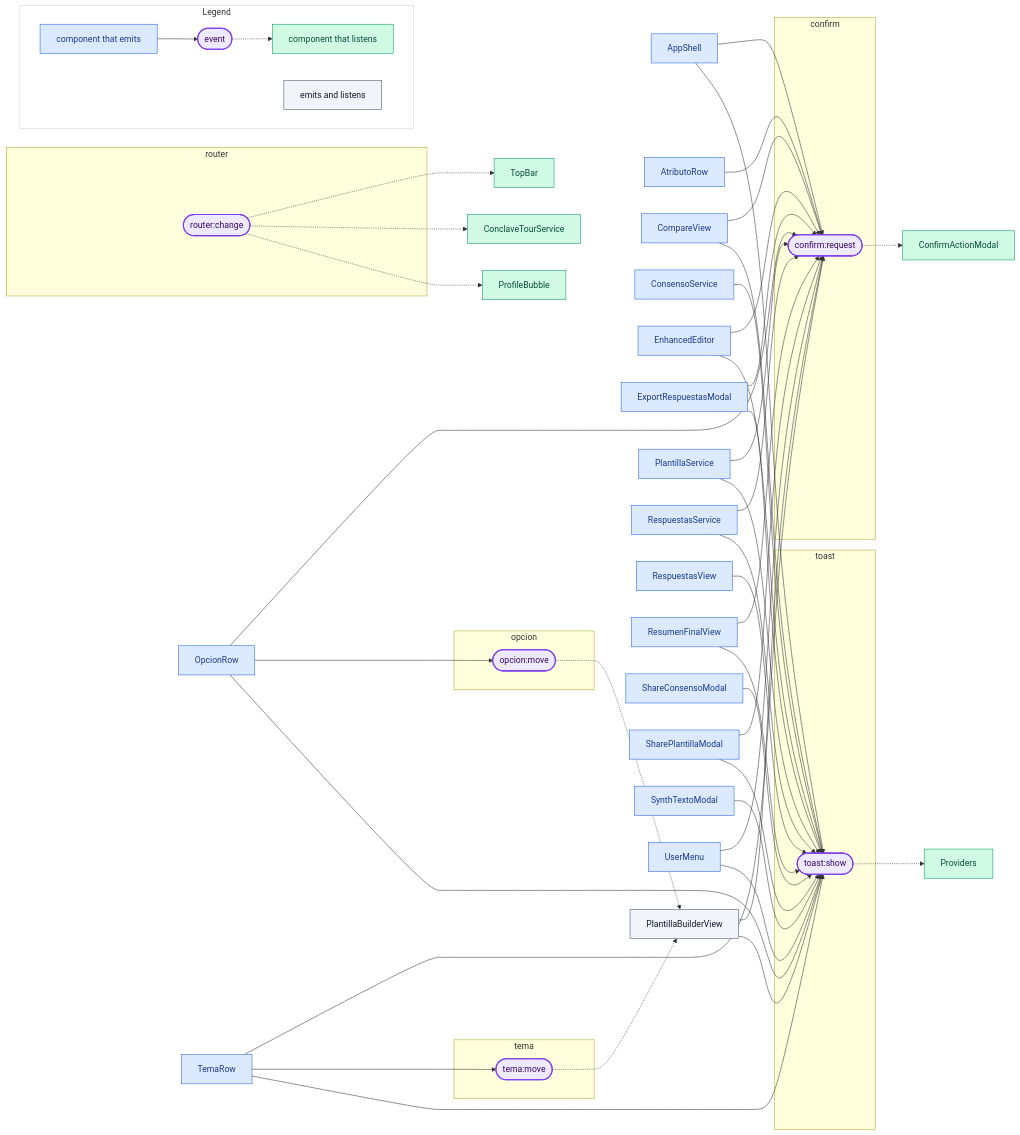
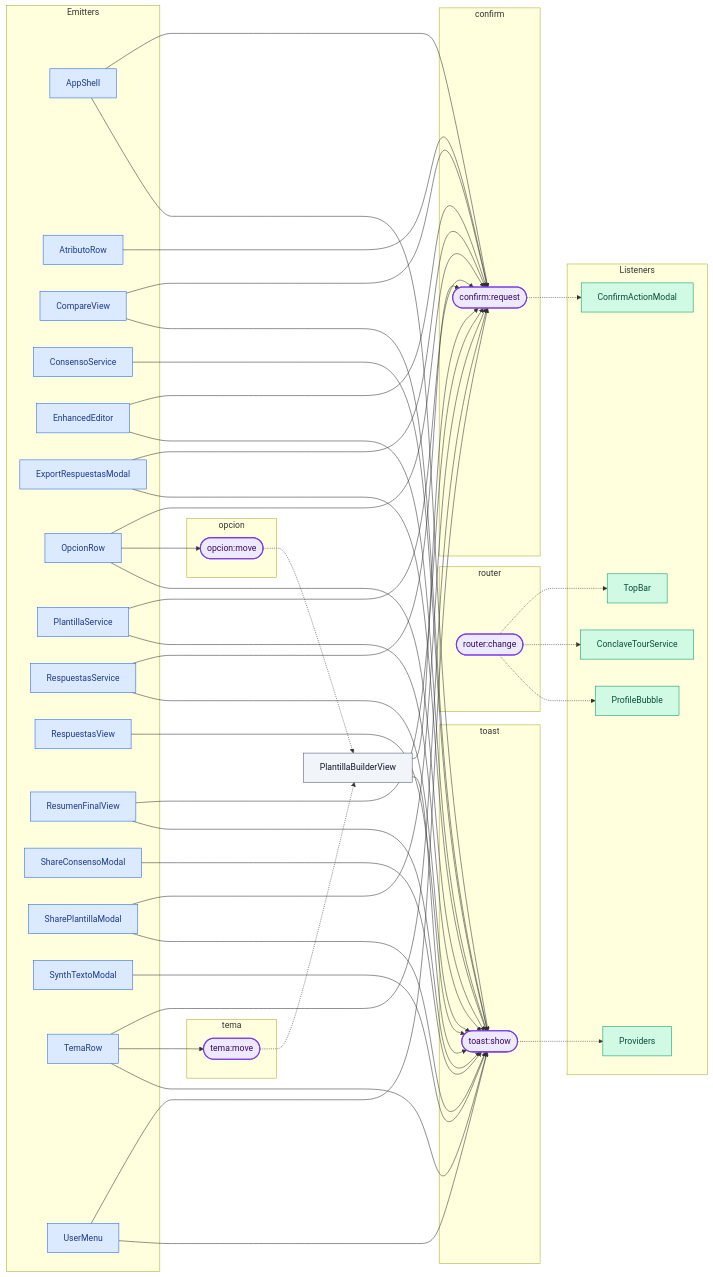
One commit to VKneider/conclave changed the diagram in docs/events/diagram.mmd. Above: the diagram before and after it, drawn with Mermaid. The commit also changed 6 other files, not shown here.

First line of the commit message:
docs(events): one diagram per namespace, with emitters and listeners in their columns

```diff
--- a/docs/events/diagram.mmd
+++ b/docs/events/diagram.mmd
@@ -1,90 +1,87 @@
 %% Generated by `slice docs generate events`. Do not edit by hand.
 
 flowchart LR
   subgraph ns0["confirm"]
     e1(["confirm:request"]):::event
   end
   subgraph ns2["opcion"]
     e3(["opcion:move"]):::event
   end
   subgraph ns4["router"]
     e5(["router:change"]):::event
   end
   subgraph ns6["tema"]
     e7(["tema:move"]):::event
   end
   subgraph ns8["toast"]
     e9(["toast:show"]):::event
   end
-  c10["AppShell"]:::emitter
-  c11["AtributoRow"]:::emitter
-  c12["CompareView"]:::emitter
-  c13["ConclaveTourService"]:::listener
-  c14["ConfirmActionModal"]:::listener
-  c15["ConsensoService"]:::emitter
-  c16["EnhancedEditor"]:::emitter
-  c17["ExportRespuestasModal"]:::emitter
-  c18["OpcionRow"]:::emitter
-  c19["PlantillaBuilderView"]:::both
-  c20["PlantillaService"]:::emitter
-  c21["ProfileBubble"]:::listener
-  c22["Providers"]:::listener
-  c23["RespuestasService"]:::emitter
-  c24["RespuestasView"]:::emitter
-  c25["ResumenFinalView"]:::emitter
-  c26["ShareConsensoModal"]:::emitter
-  c27["SharePlantillaModal"]:::emitter
-  c28["SynthTextoModal"]:::emitter
-  c29["TemaRow"]:::emitter
-  c30["TopBar"]:::listener
-  c31["UserMenu"]:::emitter
+  subgraph emitterGroup["Emitters"]
+    c10["AppShell"]:::emitter
+    c11["AtributoRow"]:::emitter
+    c12["CompareView"]:::emitter
+    c13["ConsensoService"]:::emitter
+    c14["EnhancedEditor"]:::emitter
+    c15["ExportRespuestasModal"]:::emitter
+    c16["OpcionRow"]:::emitter
+    c17["PlantillaService"]:::emitter
+    c18["RespuestasService"]:::emitter
+    c19["RespuestasView"]:::emitter
+    c20["ResumenFinalView"]:::emitter
+    c21["ShareConsensoModal"]:::emitter
+    c22["SharePlantillaModal"]:::emitter
+    c23["SynthTextoModal"]:::emitter
+    c24["TemaRow"]:::emitter
+    c25["UserMenu"]:::emitter
+  end
+  subgraph listenerGroup["Listeners"]
+    c26["ConclaveTourService"]:::listener
+    c27["ConfirmActionModal"]:::listener
+    c28["ProfileBubble"]:::listener
+    c29["Providers"]:::listener
+    c30["TopBar"]:::listener
+  end
+  c31["PlantillaBuilderView"]:::both
   c10 --> e1
   c12 --> e1
-  c19 --> e1
-  c25 --> e1
   c31 --> e1
   c20 --> e1
-  c23 --> e1
-  c11 --> e1
-  c16 --> e1
+  c25 --> e1
   c17 --> e1
   c18 --> e1
-  c27 --> e1
-  c29 --> e1
-  e1 -.-> c14
-  c18 --> e3
-  e3 -.-> c19
+  c11 --> e1
+  c14 --> e1
+  c15 --> e1
+  c16 --> e1
+  c22 --> e1
+  c24 --> e1
+  e1 -.-> c27
+  c16 --> e3
+  e3 -.-> c31
   e5 -.-> c30
-  e5 -.-> c13
-  e5 -.-> c21
-  c29 --> e7
-  e7 -.-> c19
+  e5 -.-> c26
+  e5 -.-> c28
+  c24 --> e7
+  e7 -.-> c31
   c10 --> e9
   c12 --> e9
+  c31 --> e9
   c19 --> e9
-  c24 --> e9
+  c20 --> e9
   c25 --> e9
-  c31 --> e9
-  c15 --> e9
-  c20 --> e9
-  c23 --> e9
-  c16 --> e9
+  c13 --> e9
   c17 --> e9
   c18 --> e9
-  c26 --> e9
-  c27 --> e9
-  c28 --> e9
-  c29 --> e9
-  e9 -.-> c22
-  subgraph legend["Legend"]
-    direction LR
-    legEmit["component that emits"]:::emitter --> legEvent(["event"]):::event
-    legEvent -.-> legListen["component that listens"]:::listener
-    legBoth["emits and listens"]:::both
-  end
+  c14 --> e9
+  c15 --> e9
+  c16 --> e9
+  c21 --> e9
+  c22 --> e9
+  c23 --> e9
+  c24 --> e9
+  e9 -.-> c29
   classDef event fill:#ede9fe,stroke:#7c3aed,stroke-width:2px,color:#3b0764
   classDef emitter fill:#dbeafe,stroke:#2563eb,color:#1e3a8a
   classDef listener fill:#d1fae5,stroke:#059669,color:#064e3b
   classDef both fill:#f1f5f9,stroke:#475569,color:#0f172a
   classDef dynamic fill:#fef3c7,stroke:#d97706,color:#78350f,stroke-dasharray:4 3
-  style legend fill:none,stroke:#cbd5e1
```
